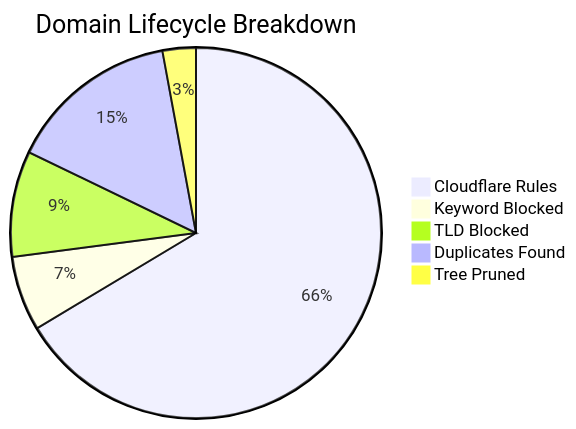
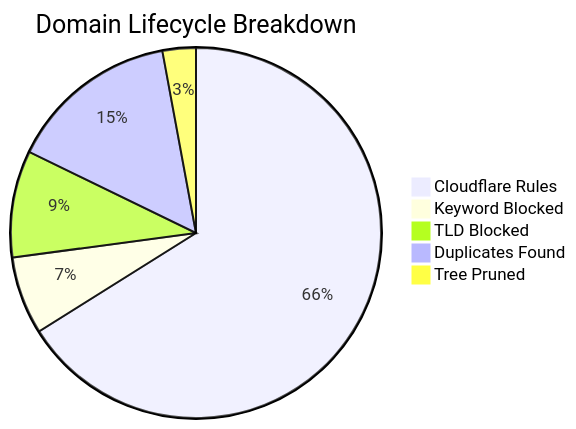
The diagram in README_STATS.md (brojangles24/Cloudflare-ZeroTrust-AdBlock), drawn with Mermaid before and after one commit. The commit also changed other lines of this file and 1 other file, not shown here.

````diff
--- a/README_STATS.md
+++ b/README_STATS.md
@@ -5,8 +5,8 @@
 ```mermaid
 pie title Domain Lifecycle Breakdown
-    "Cloudflare Rules" : 281083
-    "Keyword Blocked" : 27645
-    "TLD Blocked" : 39075
-    "Duplicates Found" : 63191
-    "Tree Pruned" : 12302
+    "Cloudflare Rules" : 279329
+    "Keyword Blocked" : 28725
+    "TLD Blocked" : 39375
+    "Duplicates Found" : 62926
+    "Tree Pruned" : 12298
 ```
````
